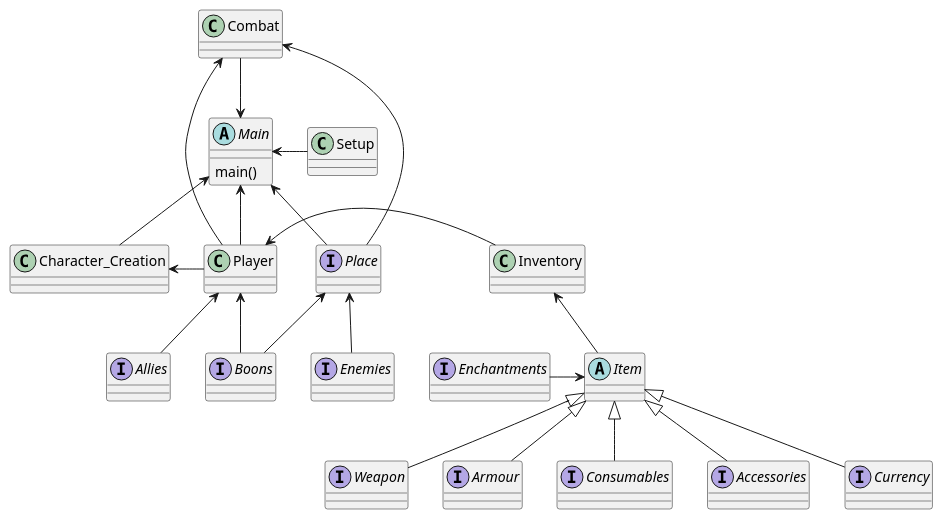
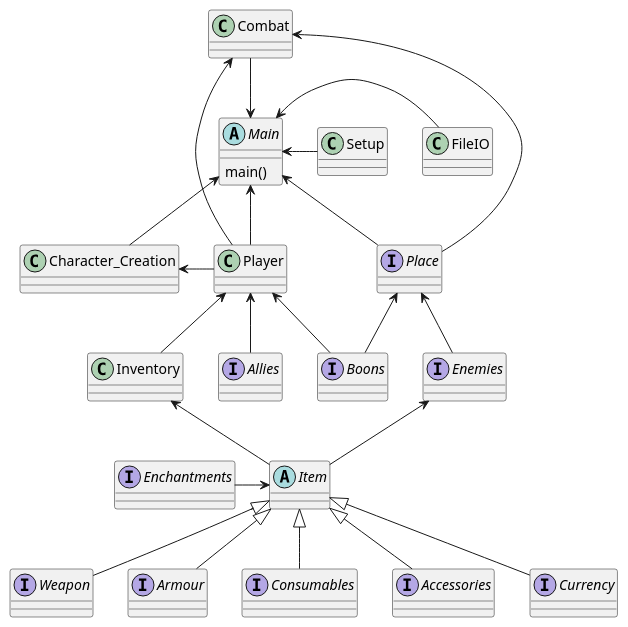
One commit to SirRolin/Philoshopers-ICE changed the diagram in Documentation/Domain Prototype Diagram.puml. Above: the diagram before and after it, drawn with PlantUML.

Commit message:
updated the Domain Diagram

```diff
--- a/Documentation/Domain Prototype Diagram.puml
+++ b/Documentation/Domain Prototype Diagram.puml
@@ -1,75 +1,80 @@
 @startuml
 'https://plantuml.com/class-diagram
 
 abstract class Main {
     main()
 }
 'abstract AbstractCollection
 class Setup
 Main <- Setup
 class Character_Creation{
 
 }
 Main <-- Character_Creation
 class Player {
 
 }
 Main <-- Player
 Character_Creation <- Player
 Interface Allies {
 
 }
 Player <-- Allies
 class Inventory {
 
 }
 Player <- Inventory
 Interface Place {
 
 }
 Main <-- Place
 Abstract Class Item{
 
 }
 Inventory <-- Item
 Interface Weapon{
 
 }
 Item <|-- Weapon
 Interface Armour{
 
 }
 Item <|-- Armour
 Interface Consumables{
 
 }
 Item <|-- Consumables
 Interface Accessories{
 
 }
 Item <|-- Accessories
 Interface Enchantments{
 
 }
 Enchantments -> Item
 Interface Currency{
 
 }
 Item <|-- Currency
 Interface Enemies{
 
 }
+Enemies <-- Item
 Place <-- Enemies
 class Combat {
 
 }
+class FileIO{
+
+}
+Main <- FileIO
 Combat --> Main
 Combat <-- Place
 Combat <-- Player
 
 Interface Boons {
 
 }
 Player <-- Boons
 Place <-- Boons
 @enduml
```
